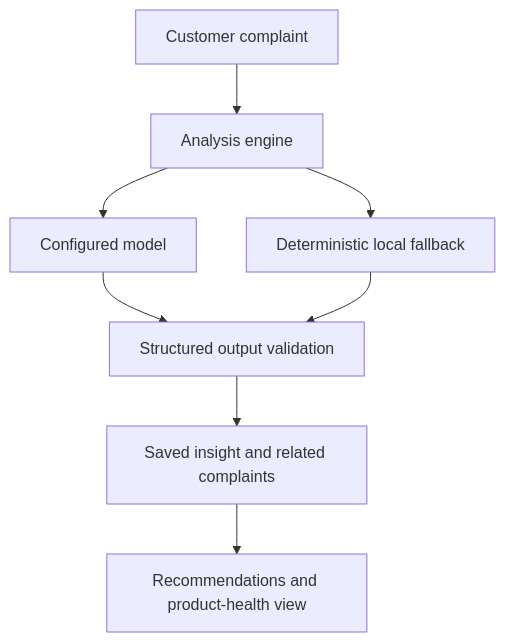
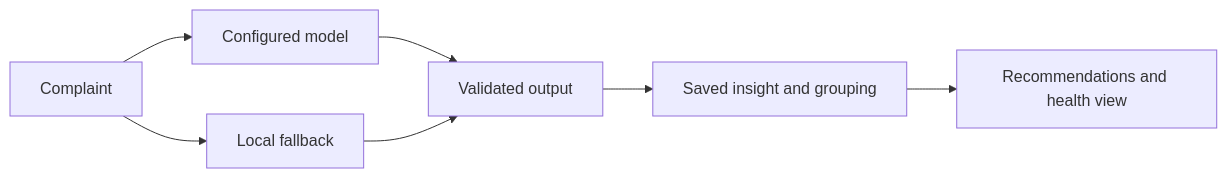
One commit to martinlepage26-bit/productpulse changed the diagram in README.md. Above: the diagram before and after it, drawn with Mermaid.

Commit message:
docs: keep workflow diagrams compact for repository browsing

````diff
--- a/README.md
+++ b/README.md
@@ -9,10 +9,9 @@
 ```mermaid
-flowchart TD
-  A["Customer complaint"] --> B["Analysis engine"]
-  B --> C["Configured model"]
-  B --> D["Deterministic local fallback"]
-  C --> E["Structured output validation"]
-  D --> E
-  E --> F["Saved insight and related complaints"]
-  F --> G["Recommendations and product-health view"]
+flowchart LR
+  A["Complaint"] --> B["Configured model"]
+  A --> C["Local fallback"]
+  B --> D["Validated output"]
+  C --> D
+  D --> E["Saved insight and grouping"]
+  E --> F["Recommendations and health view"]
 ```
````
